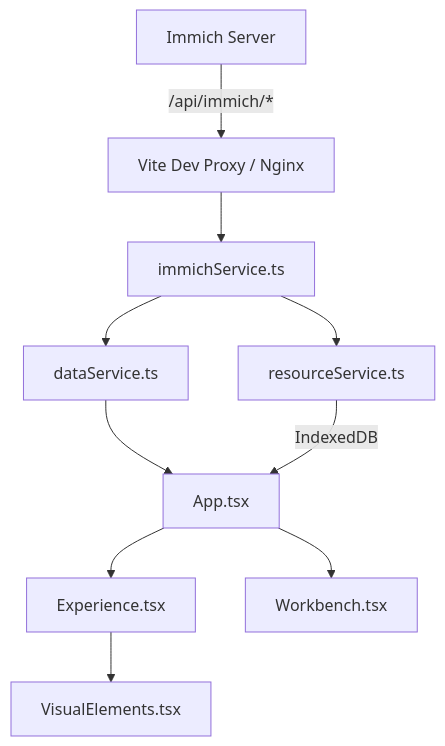
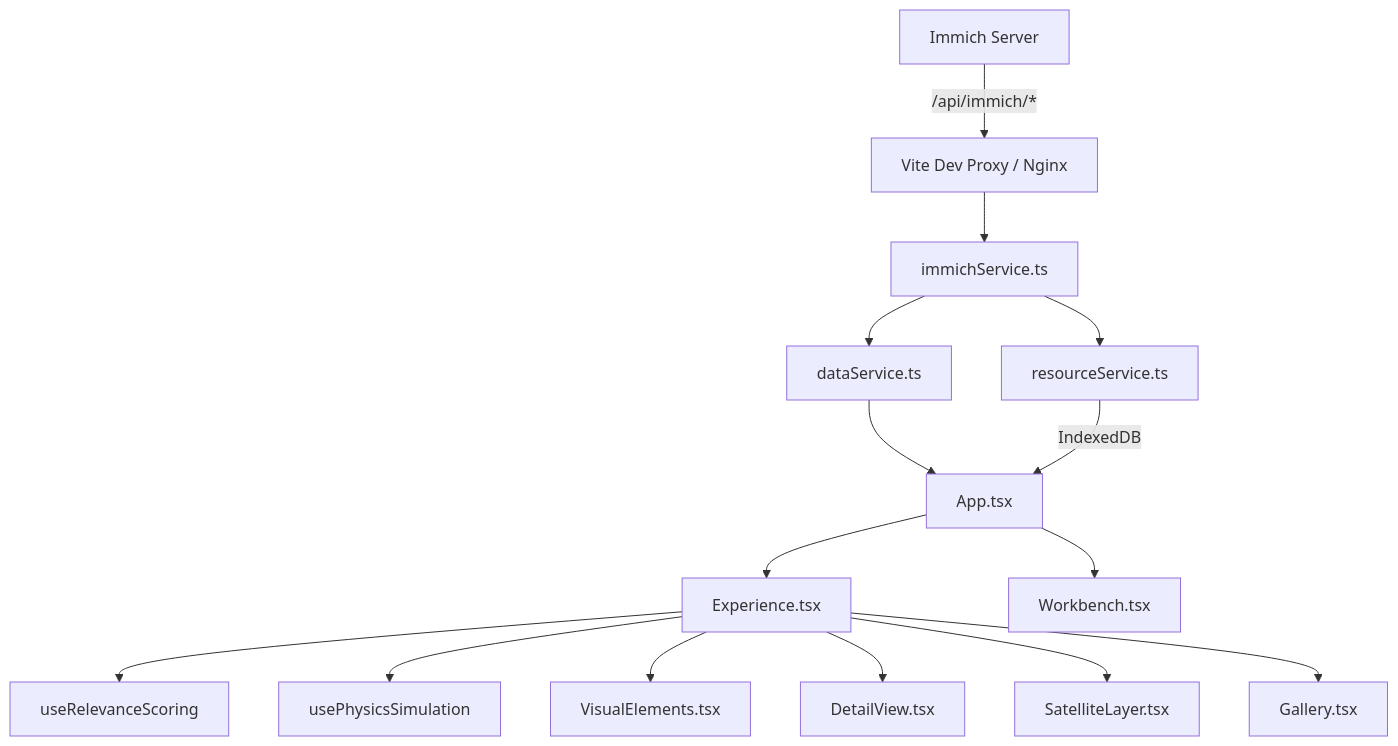
The first of 3 diagrams in README.md (Ezalis/Somatic-Studio), drawn with Mermaid before and after one commit. The commit also changed other lines of this file and 1 other file, not shown here.

````diff
--- a/README.md
+++ b/README.md
@@ -102,12 +116,17 @@
 ```mermaid
 graph TD
     Immich[Immich Server] -->|"/api/immich/*"| Proxy[Vite Dev Proxy / Nginx]
     Proxy --> ImmichService[immichService.ts]
     ImmichService --> DataService[dataService.ts]
     ImmichService --> ResourceService[resourceService.ts]
     DataService --> App[App.tsx]
     ResourceService -->|IndexedDB| App
     App --> Experience[Experience.tsx]
     App --> Workbench[Workbench.tsx]
+    Experience --> Scoring[useRelevanceScoring]
+    Experience --> Physics[usePhysicsSimulation]
     Experience --> VisualElements[VisualElements.tsx]
+    Experience --> DetailView[DetailView.tsx]
+    Experience --> SatelliteLayer[SatelliteLayer.tsx]
+    Experience --> Gallery[Gallery.tsx]
 ```
````
